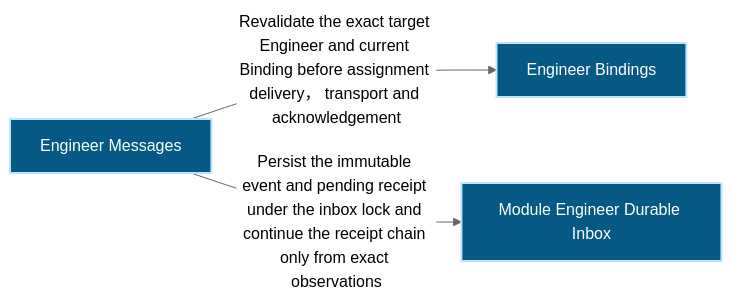
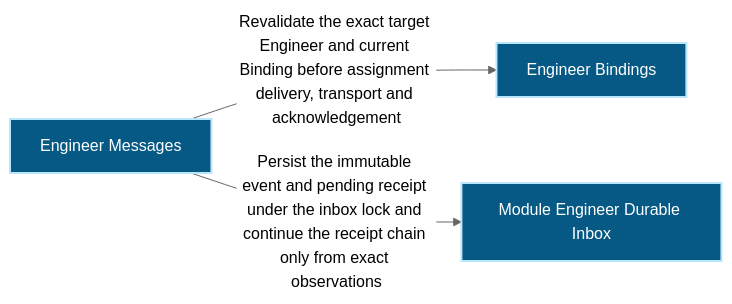
One commit to Ancienttwo/repo-harness changed the first of 2 diagrams in docs/architecture/modules/runtime-harness/engineer-messages.md. Above: the diagram before and after it, drawn with Mermaid (neutral theme). The commit also changed other lines of this file and 46 other files, not shown here.

First line of the commit message:
docs(architecture): re-project the architecture docs with archctx 0.7.1

````diff
--- a/docs/architecture/modules/runtime-harness/engineer-messages.md
+++ b/docs/architecture/modules/runtime-harness/engineer-messages.md
@@ -16,12 +16,12 @@
 ```mermaid
 flowchart LR
   p1_capability_runtime_harness_engineer_bindings_34c00f72["Engineer Bindings"]:::component
   p1_capability_runtime_harness_engineer_messages_f10d1d17["Engineer Messages"]:::component
   p1_component_engineer_messages_primary_96d07b30["Module Engineer Durable Inbox"]:::component
-  p1_capability_runtime_harness_engineer_messages_f10d1d17 -->|"Revalidate the exact target Engineer and current Binding before assignment delivery， transport and acknowledgement"| p1_capability_runtime_harness_engineer_bindings_34c00f72
+  p1_capability_runtime_harness_engineer_messages_f10d1d17 -->|"Revalidate the exact target Engineer and current Binding before assignment delivery#44; transport and acknowledgement"| p1_capability_runtime_harness_engineer_bindings_34c00f72
   p1_capability_runtime_harness_engineer_messages_f10d1d17 -->|"Persist the immutable event and pending receipt under the inbox lock and continue the receipt chain only from exact observations"| p1_component_engineer_messages_primary_96d07b30
   classDef actor fill:#111827,color:#ffffff,stroke:#f9fafb,stroke-width:2px
   classDef component fill:#075985,color:#ffffff,stroke:#bae6fd,stroke-width:2px
   classDef datastore fill:#3f6212,color:#ffffff,stroke:#d9f99d,stroke-width:2px
   classDef external fill:#7c2d12,color:#ffffff,stroke:#fed7aa,stroke-width:2px
 ```
````
